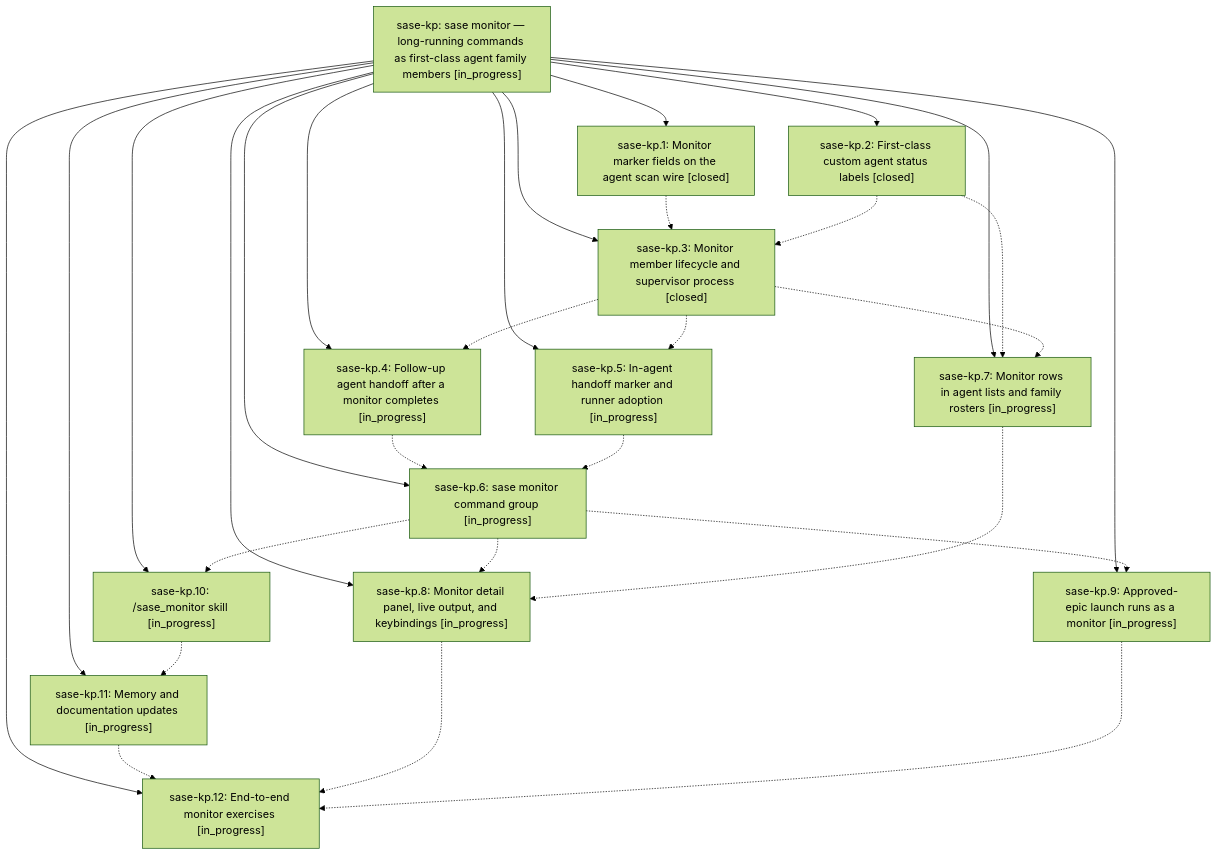
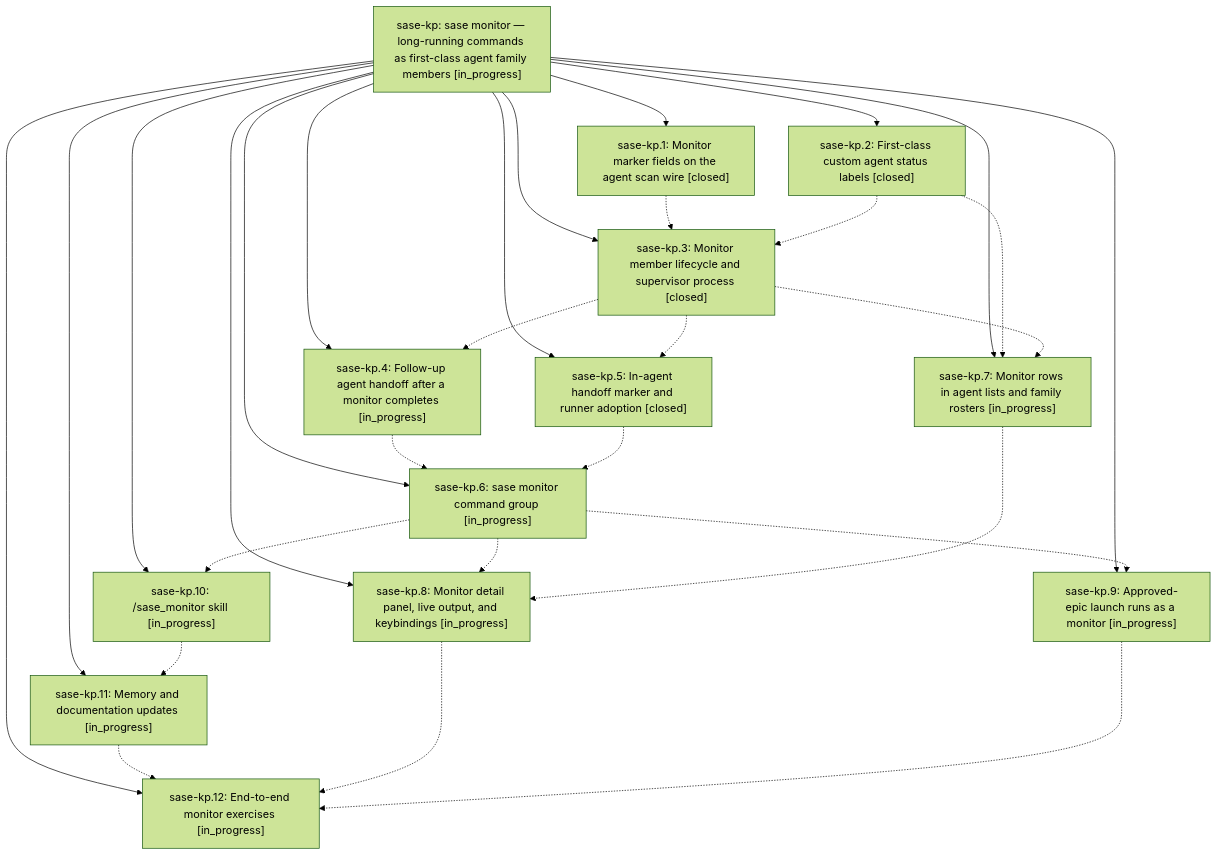
One commit to sase-org/sase--beads changed the diagram in pages/sase-kp/README.md. Above: the diagram before and after it, drawn with Mermaid (forest theme). The commit also changed other lines of this file and 3 other files, not shown here.

````diff
--- a/pages/sase-kp/README.md
+++ b/pages/sase-kp/README.md
@@ -33,44 +33,44 @@
 ```mermaid
 flowchart TD
     n0["sase-kp: sase monitor — long-running commands as first-class agent family members [in_progress]"]
     n1["sase-kp.1: Monitor marker fields on the agent scan wire [closed]"]
     n2["sase-kp.10: /sase_monitor skill [in_progress]"]
     n3["sase-kp.11: Memory and documentation updates [in_progress]"]
     n4["sase-kp.12: End-to-end monitor exercises [in_progress]"]
     n5["sase-kp.2: First-class custom agent status labels [closed]"]
     n6["sase-kp.3: Monitor member lifecycle and supervisor process [closed]"]
     n7["sase-kp.4: Follow-up agent handoff after a monitor completes [in_progress]"]
-    n8["sase-kp.5: In-agent handoff marker and runner adoption [in_progress]"]
+    n8["sase-kp.5: In-agent handoff marker and runner adoption [closed]"]
     n9["sase-kp.6: sase monitor command group [in_progress]"]
     n10["sase-kp.7: Monitor rows in agent lists and family rosters [in_progress]"]
     n11["sase-kp.8: Monitor detail panel, live output, and keybindings [in_progress]"]
     n12["sase-kp.9: Approved-epic launch runs as a monitor [in_progress]"]
     n0 --> n1
     n0 --> n2
     n0 --> n3
     n0 --> n4
     n0 --> n5
     n0 --> n6
     n0 --> n7
     n0 --> n8
     n0 --> n9
     n0 --> n10
     n0 --> n11
     n0 --> n12
     n1 -.-> n6
     n2 -.-> n3
     n3 -.-> n4
     n5 -.-> n6
     n5 -.-> n10
     n6 -.-> n7
     n6 -.-> n8
     n6 -.-> n10
     n7 -.-> n9
     n8 -.-> n9
     n9 -.-> n2
     n9 -.-> n11
     n9 -.-> n12
     n10 -.-> n11
     n11 -.-> n4
     n12 -.-> n4
 ```
````
